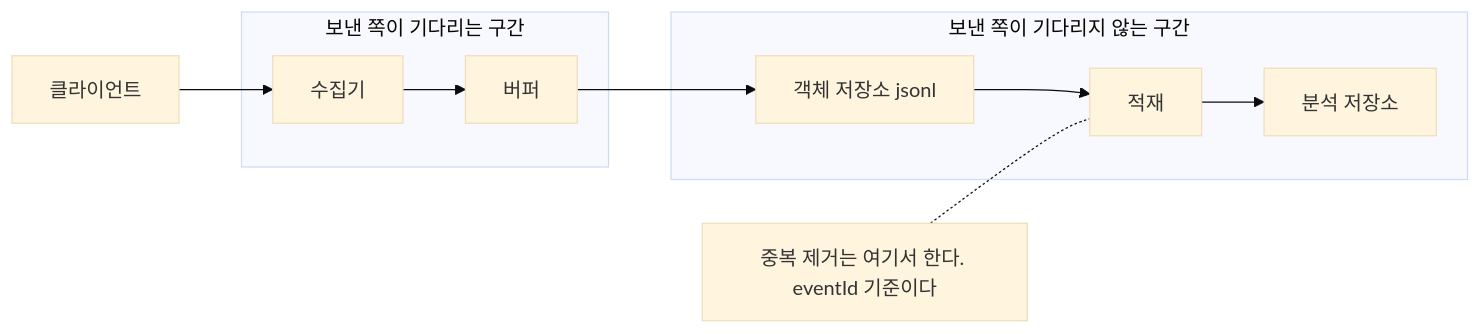
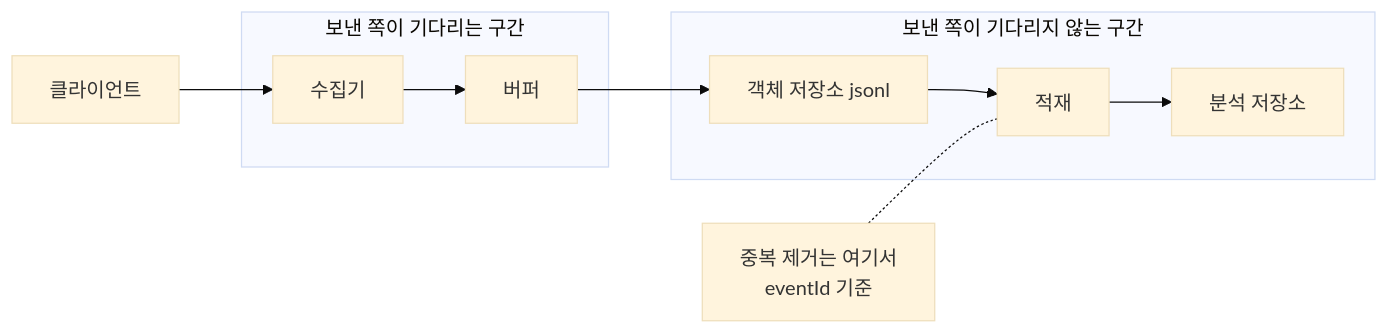
The first of 2 diagrams in modules/event-collector/README.md (xo0449/backend-lab), drawn with Mermaid (base theme) before and after one commit. The commit also changed 4 other files, not shown here.

Commit message:
Fix clipped Korean labels in mermaid diagrams

````diff
--- a/modules/event-collector/README.md
+++ b/modules/event-collector/README.md
@@ -69,16 +69,16 @@
 ```mermaid
 flowchart LR
     C["클라이언트"] --> R["수집기"]
 
     subgraph WAIT["보낸 쪽이 기다리는 구간"]
         R --> B["버퍼"]
     end
 
     subgraph REST["보낸 쪽이 기다리지 않는 구간"]
         O["객체 저장소 jsonl"] --> L["적재"]
         L --> A["분석 저장소"]
     end
 
     B --> O
-    D["중복 제거는 여기서 한다. eventId 기준이다"] -.- L
+    D["중복 제거는 여기서<br/>eventId 기준"] -.- L
 ```
````
